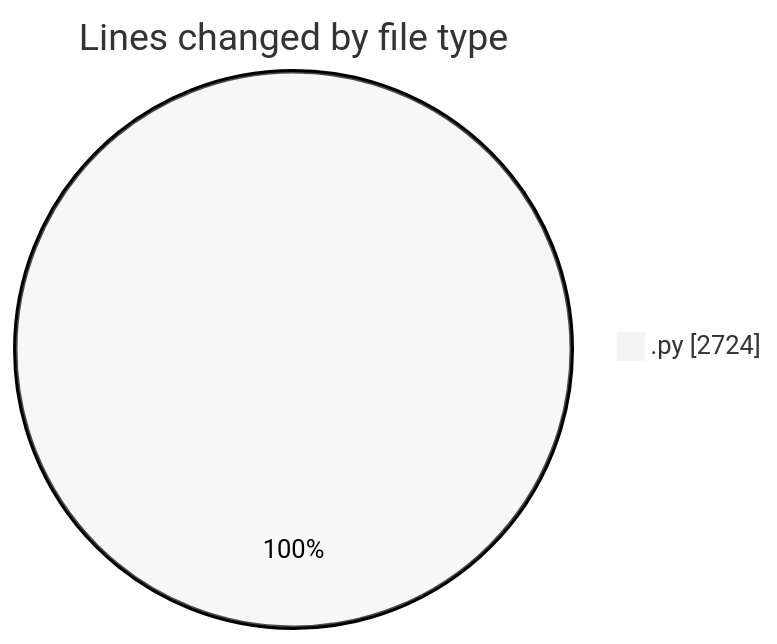
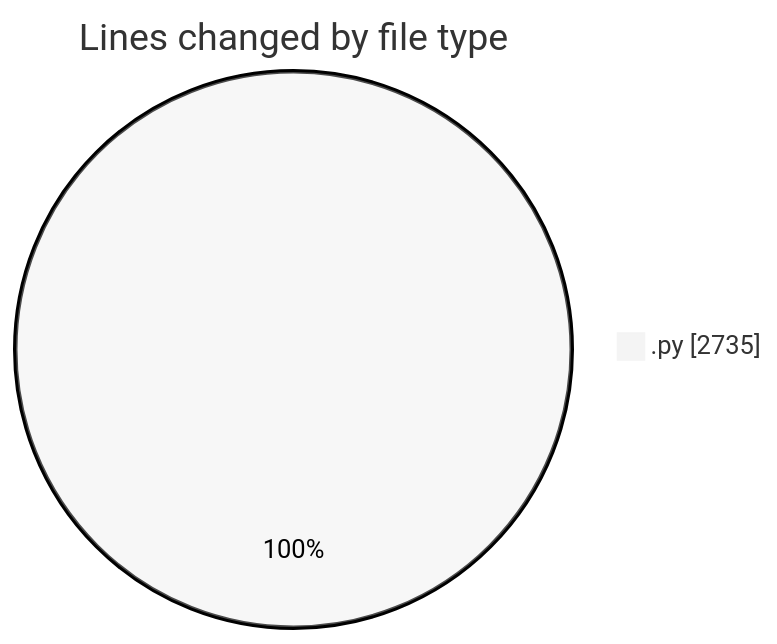
One commit to julien-gomy/code-tracking changed the first of 2 diagrams in 2025-11-24/eventscop-api-guide__workspace_/README.md. Above: the diagram before and after it, drawn with Mermaid (neutral theme). The commit also changed other lines of this file and 1 other file, not shown here.

````diff
--- a/2025-11-24/eventscop-api-guide__workspace_/README.md
+++ b/2025-11-24/eventscop-api-guide__workspace_/README.md
@@ -24,5 +24,5 @@
 ```mermaid
 pie showData
 title Lines changed by file type
-".py" : 2724
+".py" : 2735
 ```
````
